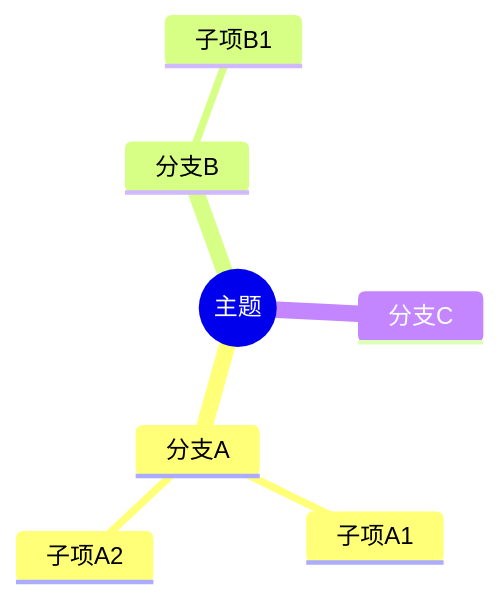
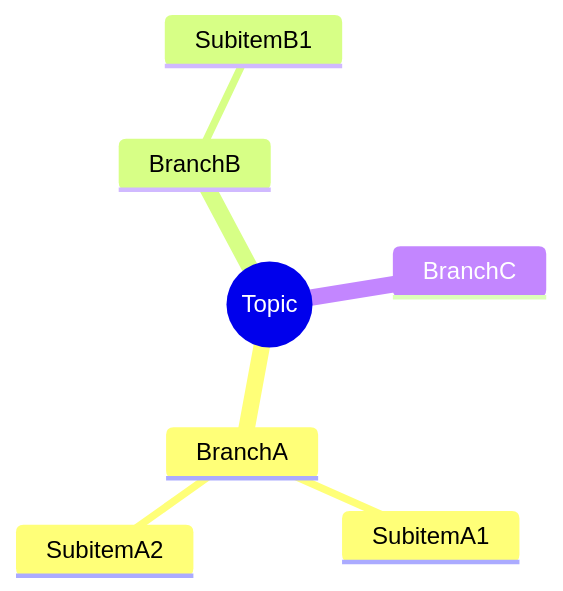
Before and after one commit to Ezio2000/lark-skill: the first of 6 diagrams in references/whiteboard/scenes/mermaid.md, drawn with Mermaid. The commit also changed other lines of this file and 441 other files, not shown here.

````diff
--- a/references/whiteboard/scenes/mermaid.md
+++ b/references/whiteboard/scenes/mermaid.md
@@ -21,10 +24,10 @@
 ```mermaid
 mindmap
-  root((主题))
-    分支A
-      子项A1
-      子项A2
-    分支B
-      子项B1
-    分支C
+  root((Topic))
+    BranchA
+      SubitemA1
+      SubitemA2
+    BranchB
+      SubitemB1
+    BranchC
 ```
````
